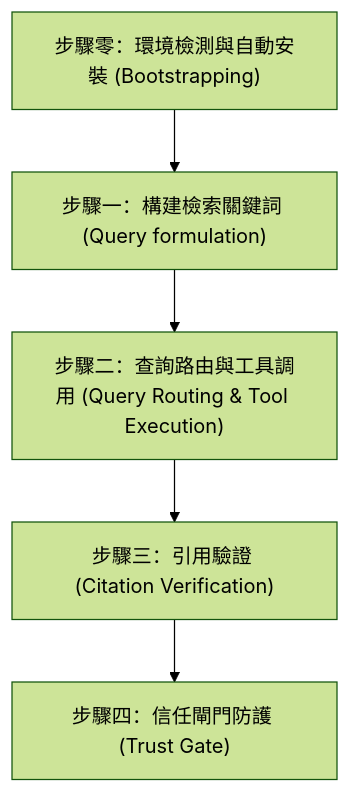
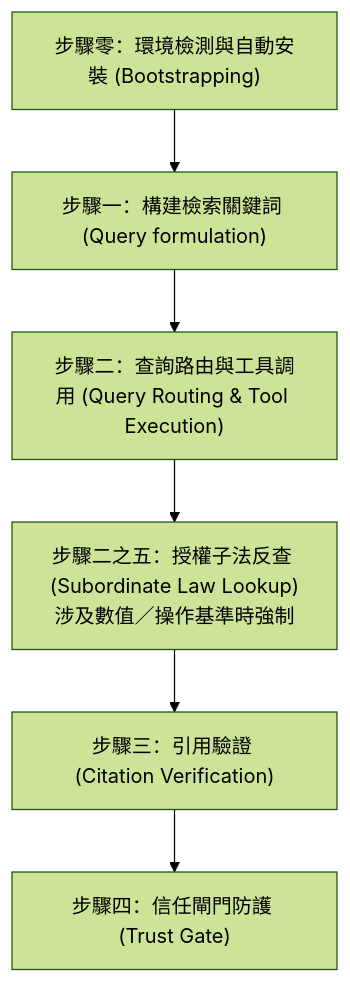
The diagram in skills/legal-research/SKILL.md (kevintsai1202/law-powers), drawn with Mermaid (forest theme) before and after one commit. The commit also changed other lines of this file and 9 other files, not shown here.

````diff
--- a/skills/legal-research/SKILL.md
+++ b/skills/legal-research/SKILL.md
@@ -27,13 +27,15 @@
 ```mermaid
 graph TD
     Step0["步驟零：環境檢測與自動安裝 (Bootstrapping)"]
     Step1["步驟一：構建檢索關鍵詞 (Query formulation)"]
     Step2["步驟二：查詢路由與工具調用 (Query Routing & Tool Execution)"]
+    Step25["步驟二之五：授權子法反查 (Subordinate Law Lookup)<br/>涉及數值／操作基準時強制"]
     Step3["步驟三：引用驗證 (Citation Verification)"]
     Step4["步驟四：信任閘門防護 (Trust Gate)"]
 
     Step0 --> Step1
     Step1 --> Step2
-    Step2 --> Step3
+    Step2 --> Step25
+    Step25 --> Step3
     Step3 --> Step4
 ```
````
